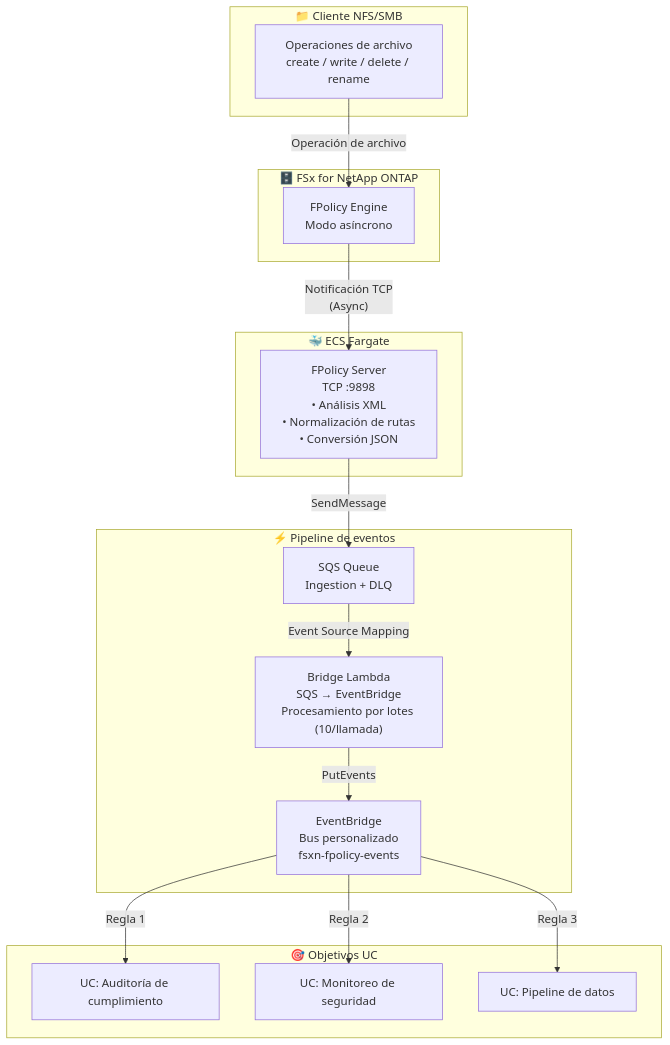
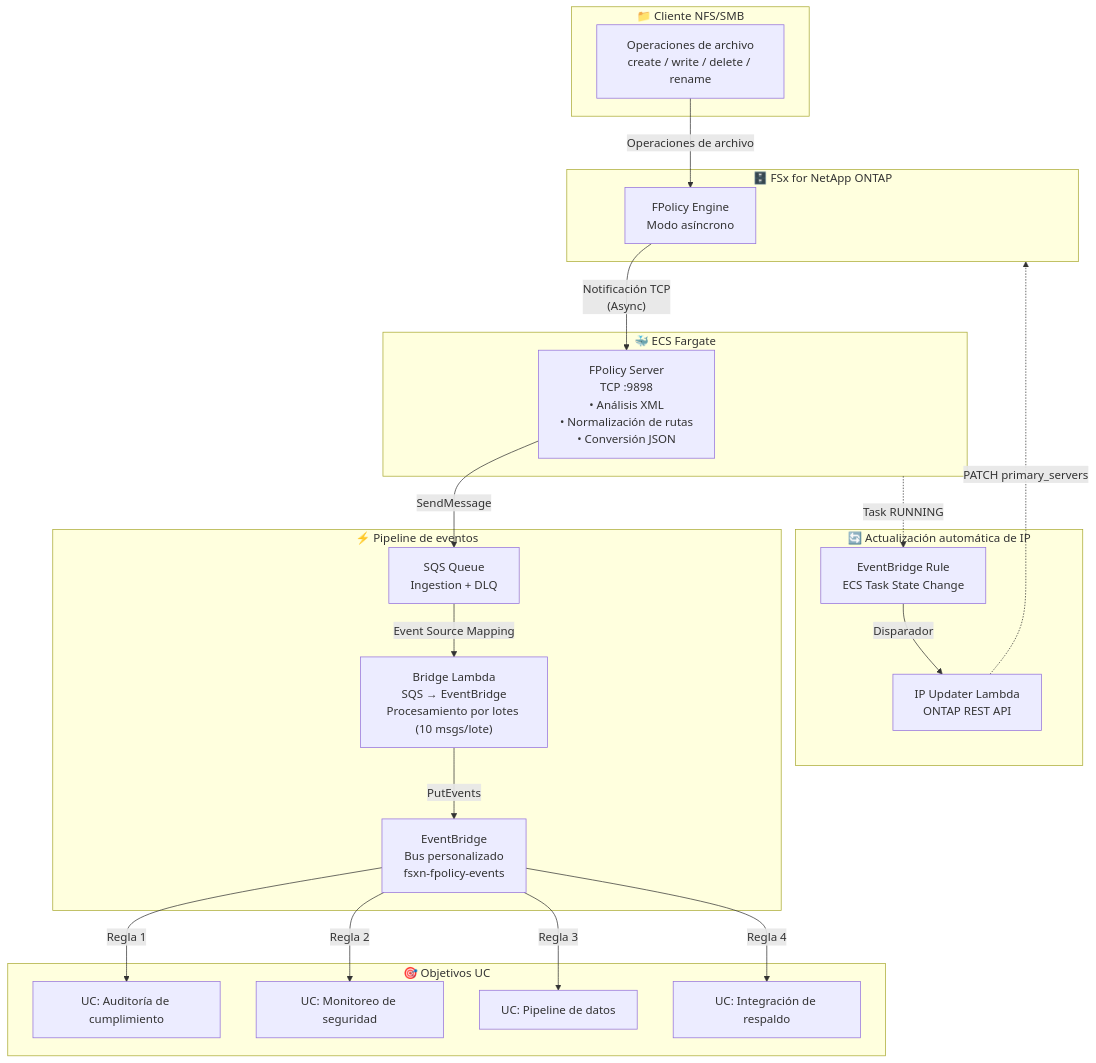
Before and after one commit to Yoshiki0705/FSx-for-ONTAP-S3AccessPoints-Serverless-Patterns: the diagram in event-driven-fpolicy/docs/architecture.es.md, drawn with Mermaid. The commit also changed other lines of this file and 13 other files, not shown here.

First line of the commit message:
fix: docs/architecture + demo-guide 全8言語を同一内容に統一

````diff
--- a/event-driven-fpolicy/docs/architecture.es.md
+++ b/event-driven-fpolicy/docs/architecture.es.md
@@ -7,35 +7,46 @@
 ```mermaid
 flowchart TB
     subgraph CLIENT["📁 Cliente NFS/SMB"]
         NFS["Operaciones de archivo<br/>create / write / delete / rename"]
     end
 
     subgraph ONTAP["🗄️ FSx for NetApp ONTAP"]
         FPOLICY["FPolicy Engine<br/>Modo asíncrono"]
     end
 
     subgraph FARGATE["🐳 ECS Fargate"]
         SERVER["FPolicy Server<br/>TCP :9898<br/>• Análisis XML<br/>• Normalización de rutas<br/>• Conversión JSON"]
     end
 
     subgraph PIPELINE["⚡ Pipeline de eventos"]
         SQS["SQS Queue<br/>Ingestion + DLQ"]
-        BRIDGE["Bridge Lambda<br/>SQS → EventBridge<br/>Procesamiento por lotes (10/llamada)"]
+        BRIDGE["Bridge Lambda<br/>SQS → EventBridge<br/>Procesamiento por lotes (10 msgs/lote)"]
         EB["EventBridge<br/>Bus personalizado<br/>fsxn-fpolicy-events"]
     end
 
     subgraph TARGETS["🎯 Objetivos UC"]
         UC1["UC: Auditoría de cumplimiento"]
         UC2["UC: Monitoreo de seguridad"]
         UC3["UC: Pipeline de datos"]
+        UC4["UC: Integración de respaldo"]
     end
 
-    NFS -->|"Operación de archivo"| FPOLICY
+    subgraph UPDATER["🔄 Actualización automática de IP"]
+        RULE["EventBridge Rule<br/>ECS Task State Change"]
+        LAMBDA["IP Updater Lambda<br/>ONTAP REST API"]
+    end
+
+    NFS -->|"Operaciones de archivo"| FPOLICY
     FPOLICY -->|"Notificación TCP<br/>(Async)"| SERVER
     SERVER -->|"SendMessage"| SQS
     SQS -->|"Event Source Mapping"| BRIDGE
     BRIDGE -->|"PutEvents"| EB
     EB -->|"Regla 1"| UC1
     EB -->|"Regla 2"| UC2
     EB -->|"Regla 3"| UC3
+    EB -->|"Regla 4"| UC4
+
+    FARGATE -.->|"Task RUNNING"| RULE
+    RULE -->|"Disparador"| LAMBDA
+    LAMBDA -.->|"PATCH primary_servers"| ONTAP
 ```
````
